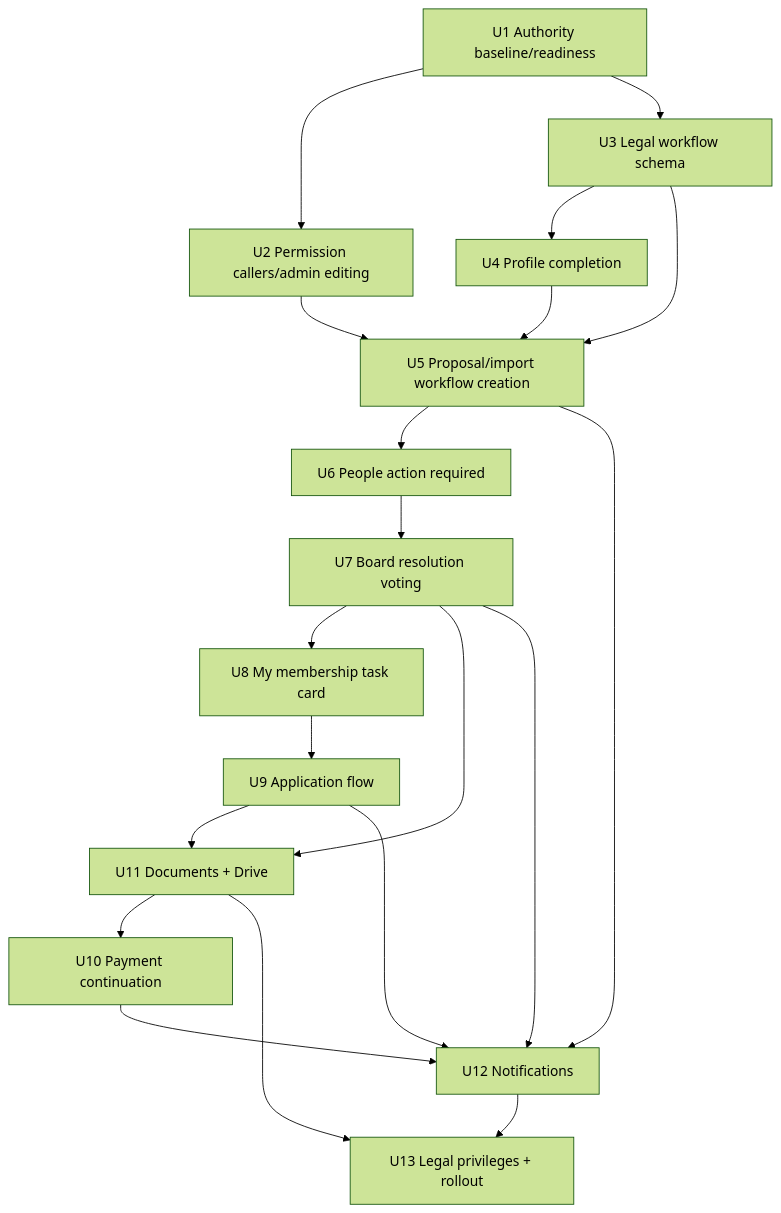
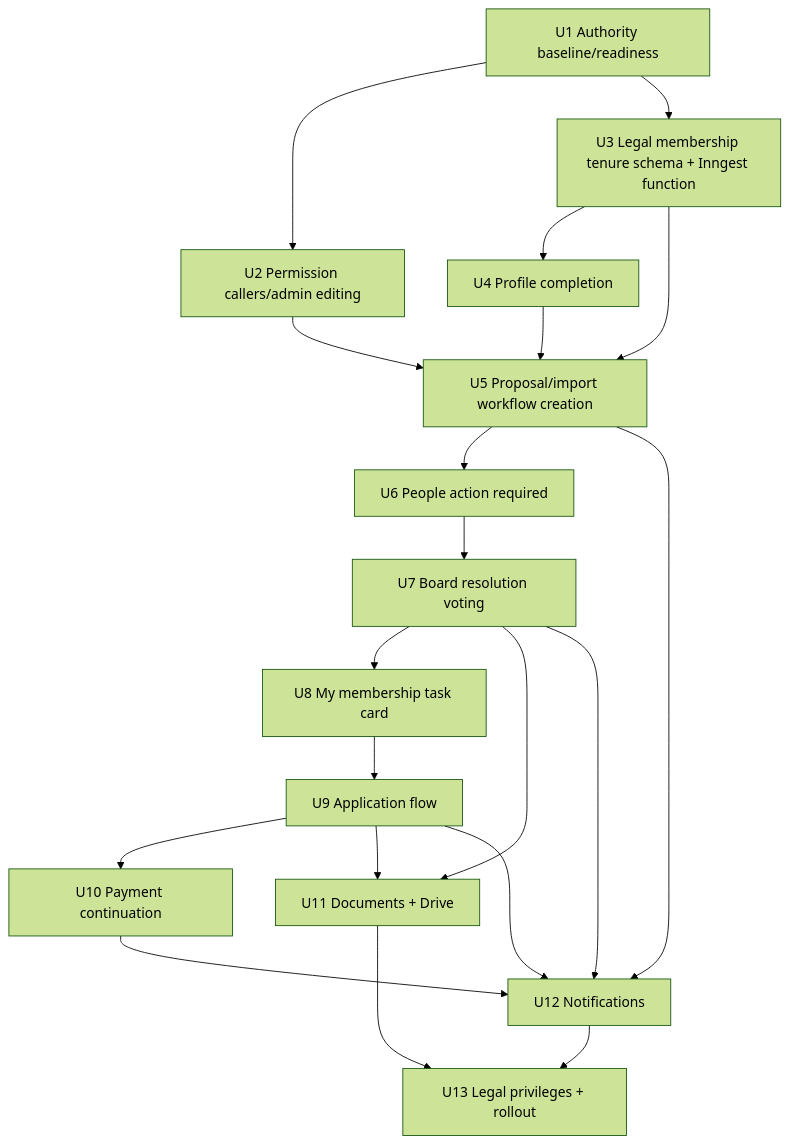
Before and after one commit to startberlin/cockpit: the fourth of 4 diagrams in docs/plans/2026-05-02-001-feat-membership-lifecycle-workflows-plan.md, drawn with Mermaid (forest theme). The commit also changed other lines of this file and 87 other files, not shown here.

````diff
--- a/docs/plans/2026-05-02-001-feat-membership-lifecycle-workflows-plan.md
+++ b/docs/plans/2026-05-02-001-feat-membership-lifecycle-workflows-plan.md
@@ -200,22 +270,22 @@
 ```mermaid
 flowchart TB
   U1["U1 Authority baseline/readiness"] --> U2["U2 Permission callers/admin editing"]
-  U1 --> U3["U3 Legal workflow schema"]
+  U1 --> U3["U3 Legal membership tenure schema + Inngest function"]
   U3 --> U4["U4 Profile completion"]
   U2 --> U5["U5 Proposal/import workflow creation"]
   U3 --> U5
   U4 --> U5
   U5 --> U6["U6 People action required"]
   U6 --> U7["U7 Board resolution voting"]
   U7 --> U8["U8 My membership task card"]
   U8 --> U9["U9 Application flow"]
+  U9 --> U10["U10 Payment continuation"]
   U9 --> U11["U11 Documents + Drive"]
-  U11 --> U10["U10 Payment continuation"]
-  U7 --> U11["U11 Documents + Drive"]
+  U7 --> U11
   U5 --> U12["U12 Notifications"]
   U7 --> U12
   U9 --> U12
   U10 --> U12
   U11 --> U13["U13 Legal privileges + rollout"]
   U12 --> U13
 ```
````
